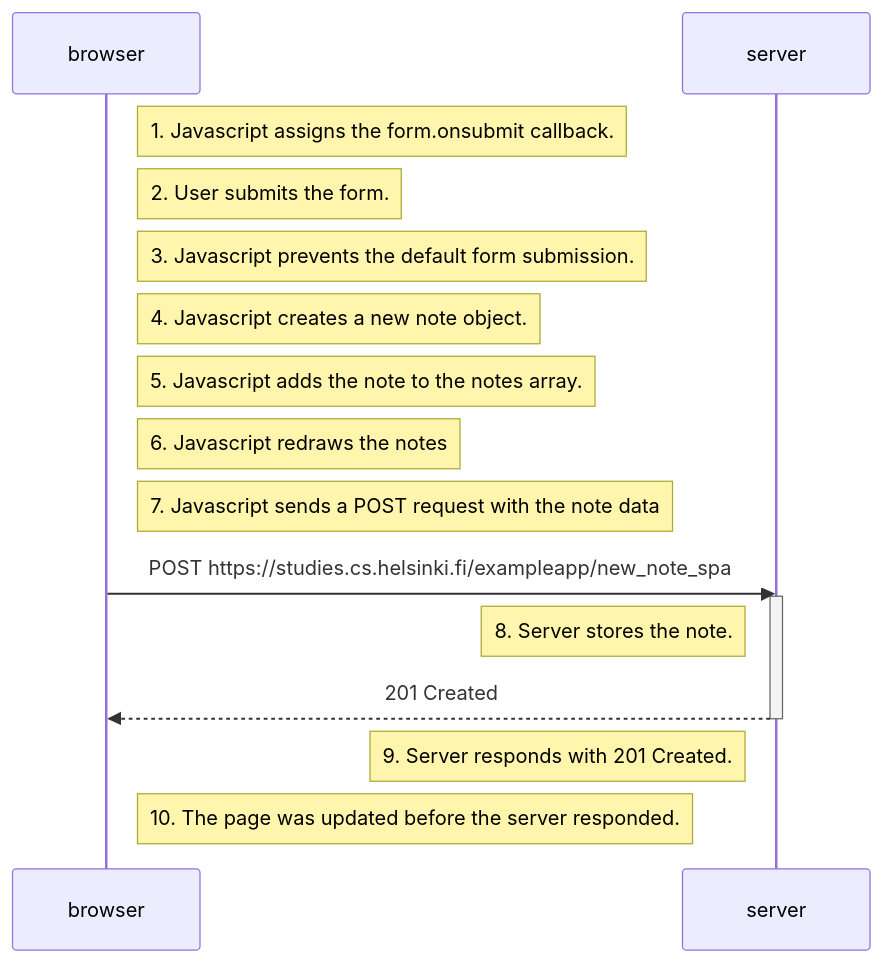
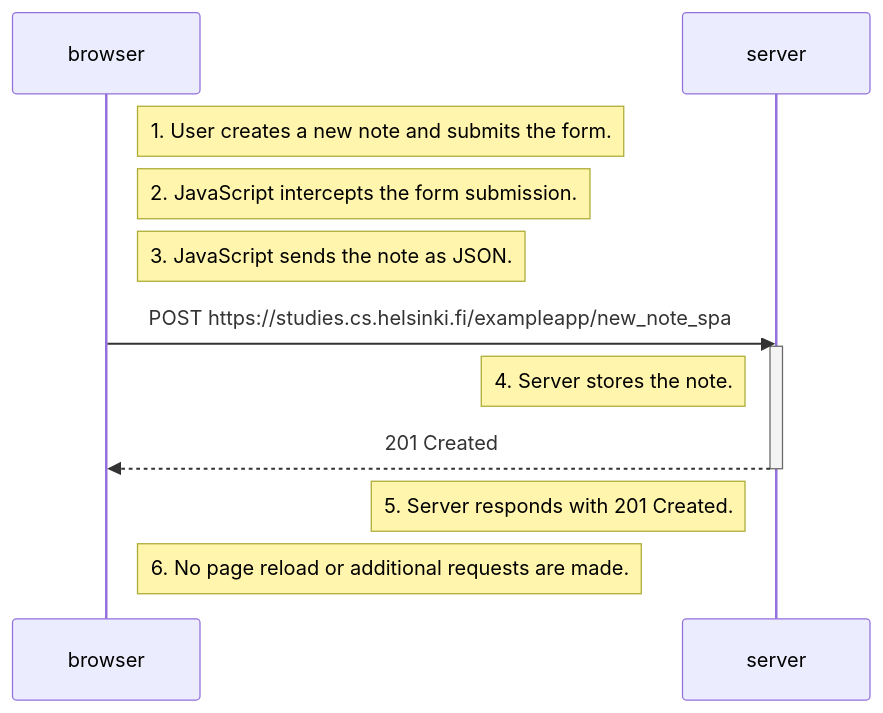
Before and after one commit to DrFinger2/fullstackopen-2026: the diagram in osa0/0.6.md, drawn with Mermaid.

````diff
--- a/osa0/0.6.md
+++ b/osa0/0.6.md
@@ -1,20 +1,16 @@
 ```mermaid
 sequenceDiagram
     participant browser
     participant server
 
-    Note right of browser: 1. Javascript assigns the form.onsubmit callback.
-    Note right of browser: 2. User submits the form.
-    Note right of browser: 3. Javascript prevents the default form submission.
-    Note right of browser: 4. Javascript creates a new note object.
-    Note right of browser: 5. Javascript adds the note to the notes array.
-    Note right of browser: 6. Javascript redraws the notes
-    Note right of browser: 7. Javascript sends a POST request with the note data
+    Note right of browser: 1. User creates a new note and submits the form.
+    Note right of browser: 2. JavaScript intercepts the form submission.
+    Note right of browser: 3. JavaScript sends the note as JSON.
     browser->>server: POST https://studies.cs.helsinki.fi/exampleapp/new_note_spa
     activate server
-    Note left of server: 8. Server stores the note.
+    Note left of server: 4. Server stores the note.
     server-->>browser: 201 Created
     deactivate server
-    Note left of server: 9. Server responds with 201 Created.
-    Note right of browser: 10. The page was updated before the server responded.
+    Note left of server: 5. Server responds with 201 Created.
+    Note right of browser: 6. No page reload or additional requests are made.
 ```
````
